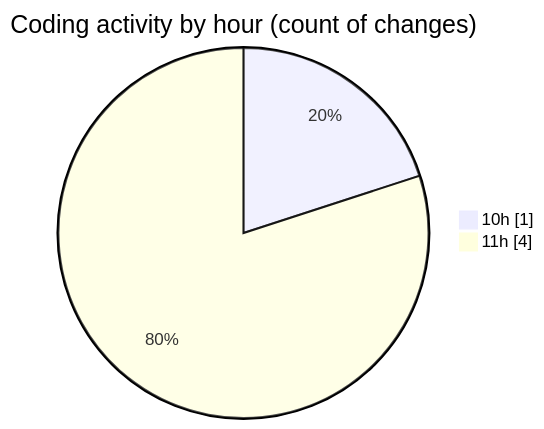
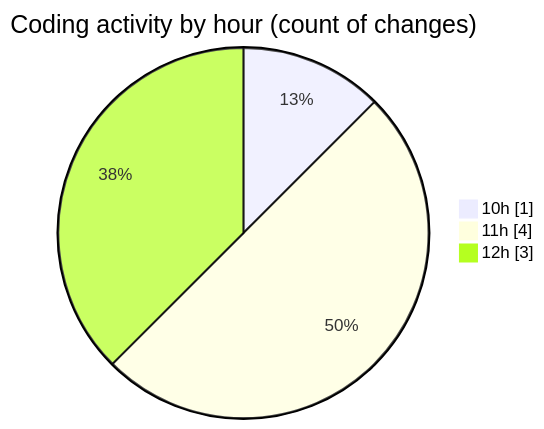
Before and after one commit to debugP/code-tracking: the second of 2 diagrams in 2025-10-08/untitled__workspace_/README.md, drawn with Mermaid. The commit also changed other lines of this file and 1 other file, not shown here.

````diff
--- a/2025-10-08/untitled__workspace_/README.md
+++ b/2025-10-08/untitled__workspace_/README.md
@@ -29,6 +29,7 @@
 ```mermaid
 pie showData
 title Coding activity by hour (count of changes)
 "10h" : 1
 "11h" : 4
+"12h" : 3
 ```
````
